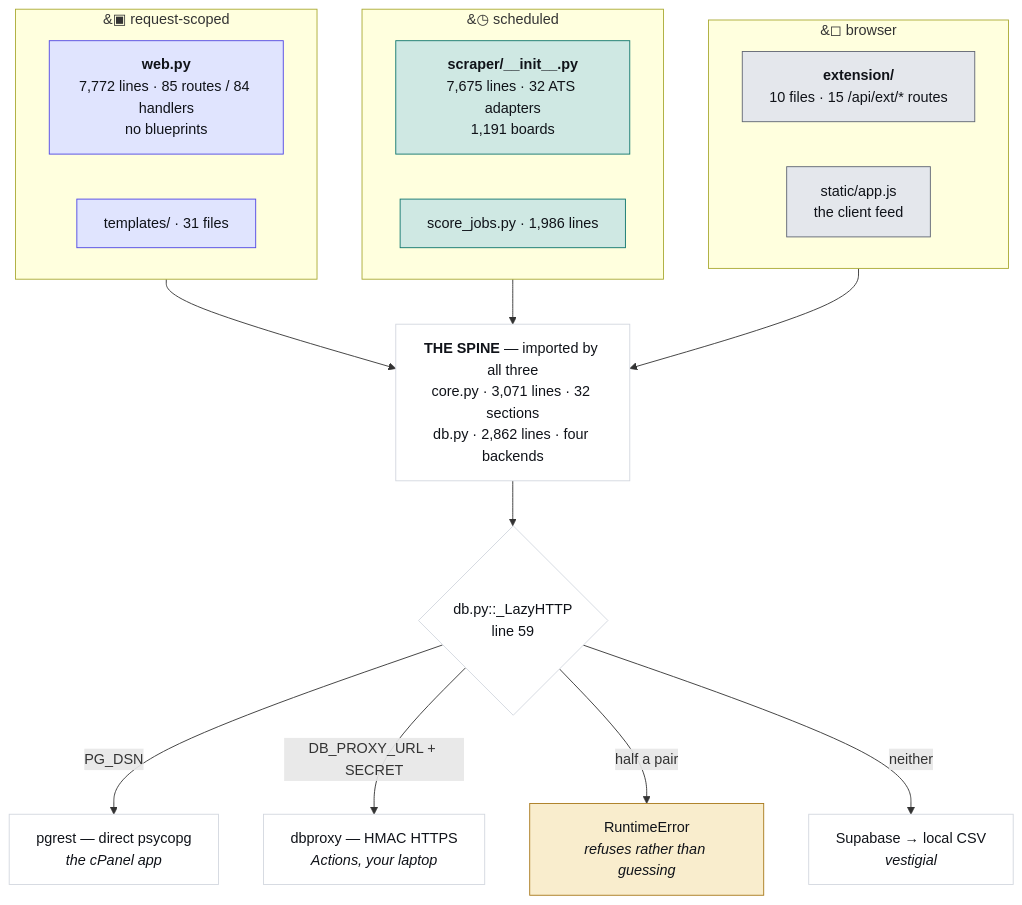
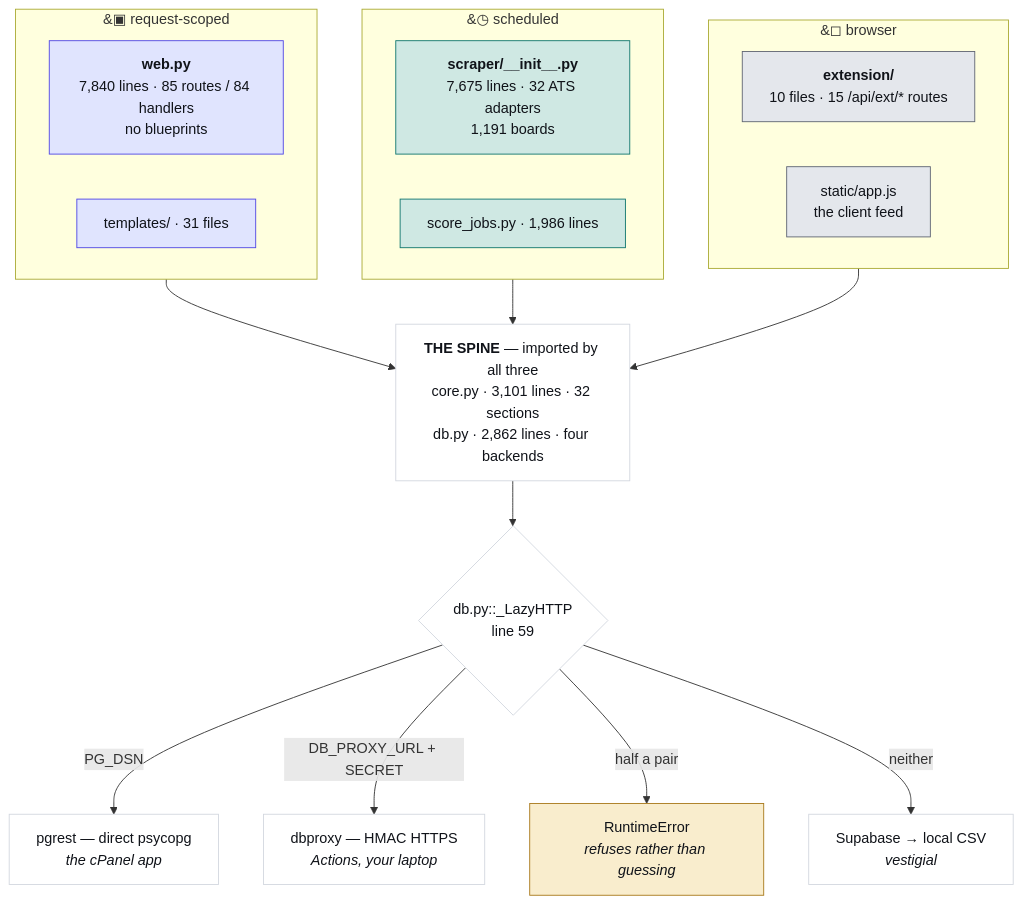
The first of 4 diagrams in JobMatch Scraper/docs/ARCHITECTURE.md (hadakunal909-debug/job-search-tool), drawn with Mermaid before and after one commit. The commit also changed other lines of this file and 1177 other files, not shown here.

````diff
--- a/JobMatch Scraper/docs/ARCHITECTURE.md
+++ b/JobMatch Scraper/docs/ARCHITECTURE.md
@@ -45,34 +45,34 @@
 ```mermaid
 flowchart TB
   subgraph REQ["&#9635; request-scoped"]
-    W["<b>web.py</b><br/>7,772 lines · 85 routes / 84 handlers<br/>no blueprints"]
+    W["<b>web.py</b><br/>7,840 lines · 85 routes / 84 handlers<br/>no blueprints"]
     T["templates/ · 31 files"]
   end
   subgraph SCH["&#9719; scheduled"]
     S["<b>scraper/__init__.py</b><br/>7,675 lines · 32 ATS adapters<br/>1,191 boards"]
     J["score_jobs.py · 1,986 lines"]
   end
   subgraph CLI["&#9723; browser"]
     E["<b>extension/</b><br/>10 files · 15 /api/ext/* routes"]
     A["static/app.js<br/>the client feed"]
   end
-  SPINE["<b>THE SPINE</b> — imported by all three<br/>core.py · 3,071 lines · 32 sections<br/>db.py · 2,862 lines · four backends"]
+  SPINE["<b>THE SPINE</b> — imported by all three<br/>core.py · 3,101 lines · 32 sections<br/>db.py · 2,862 lines · four backends"]
   REQ --> SPINE
   SCH --> SPINE
   CLI --> SPINE
   SPINE --> D{"db.py::_LazyHTTP<br/>line 59"}
   D -->|"PG_DSN"| P["pgrest — direct psycopg<br/><i>the cPanel app</i>"]
   D -->|"DB_PROXY_URL + SECRET"| X["dbproxy — HMAC HTTPS<br/><i>Actions, your laptop</i>"]
   D -->|"half a pair"| R["RuntimeError<br/><i>refuses rather than guessing</i>"]
   D -->|"neither"| V["Supabase → local CSV<br/><i>vestigial</i>"]
   classDef web fill:#e0e4fe,stroke:#4f46e5,color:#101319
   classDef sched fill:#cfe8e3,stroke:#0f766e,color:#101319
   classDef client fill:#e4e7ec,stroke:#5f6573,color:#101319
   classDef trap fill:#f9edcd,stroke:#a8781a,color:#101319
   classDef plain fill:#ffffff,stroke:#d3d7df,color:#101319
   class W,T web
   class S,J sched
   class E,A client
   class R trap
   class SPINE,D,P,X,V plain
 ```
````
